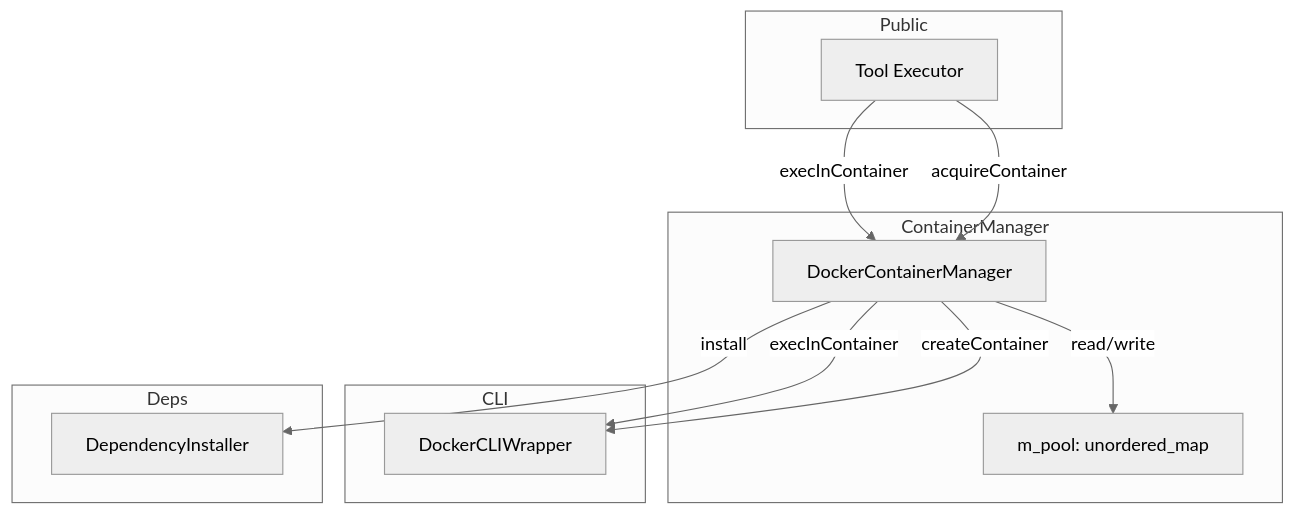
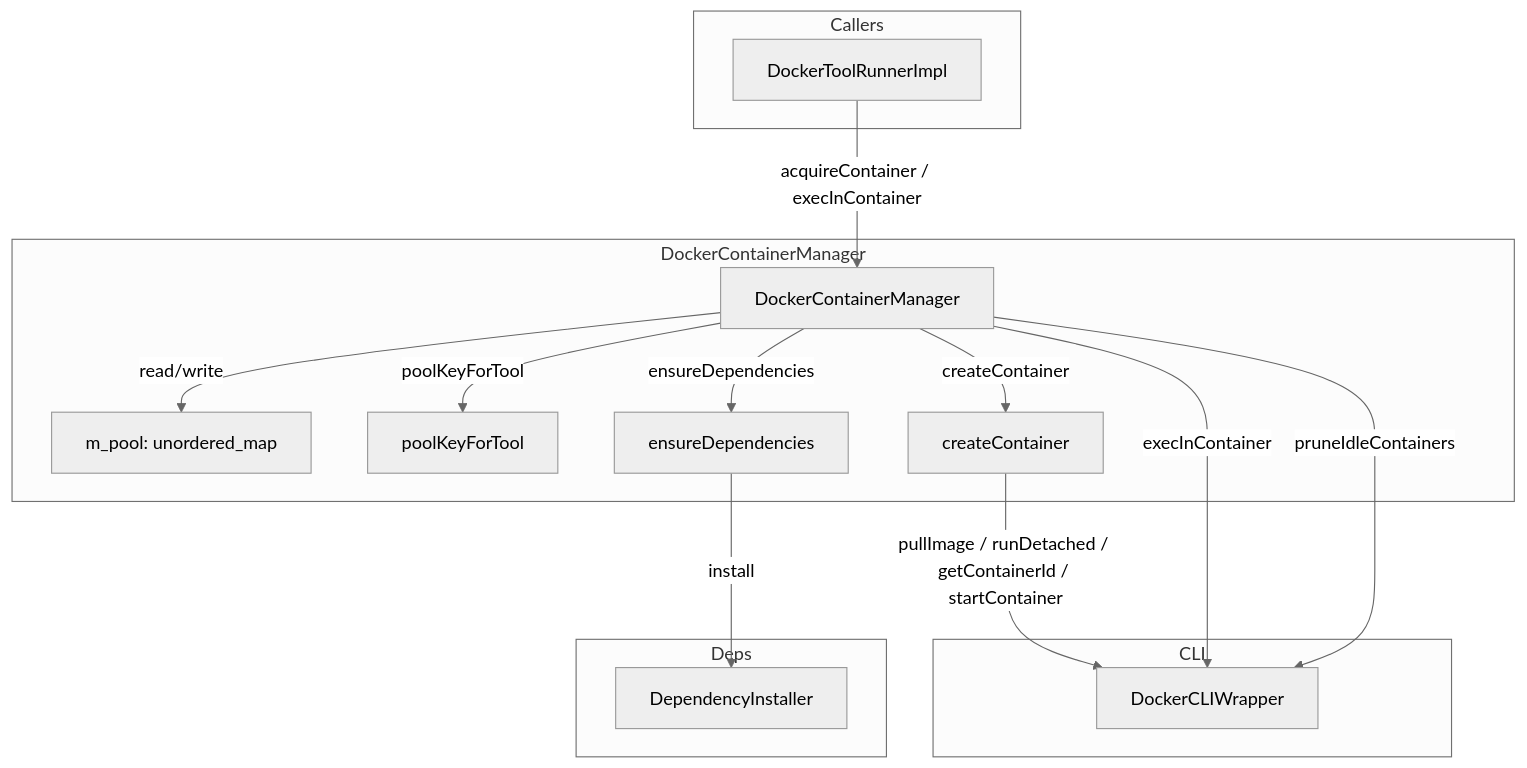
Before and after one commit to opensassi/a0: the first of 2 diagrams in src/docker/container_manager.spec.md, drawn with Mermaid (neutral theme). The commit also changed other lines of this file and 165 other files, not shown here.

````diff
--- a/src/docker/container_manager.spec.md
+++ b/src/docker/container_manager.spec.md
@@ -70,26 +106,32 @@
 ```mermaid
 graph TB
-    subgraph Public
-        TM[Tool Executor]
+    subgraph Callers
+        TR[DockerToolRunnerImpl]
     end
 
-    subgraph ContainerManager
+    subgraph DockerContainerManager
         DCM[DockerContainerManager]
         Pool[m_pool: unordered_map]
+        PF[poolKeyForTool]
+        CC[createContainer]
+        ED[ensureDependencies]
     end
 
     subgraph CLI
         DCW[DockerCLIWrapper]
     end
 
     subgraph Deps
         DI[DependencyInstaller]
     end
 
-    TM -->|acquireContainer| DCM
-    TM -->|execInContainer| DCM
-    DCM -->|createContainer| DCW
+    TR -->|acquireContainer / execInContainer| DCM
+    DCM -->|poolKeyForTool| PF
+    DCM -->|createContainer| CC
+    DCM -->|ensureDependencies| ED
+    CC -->|pullImage / runDetached / getContainerId / startContainer| DCW
+    ED -->|install| DI
     DCM -->|execInContainer| DCW
-    DCM -->|install| DI
+    DCM -->|pruneIdleContainers| DCW
     DCM -->|read/write| Pool
 ```
````
